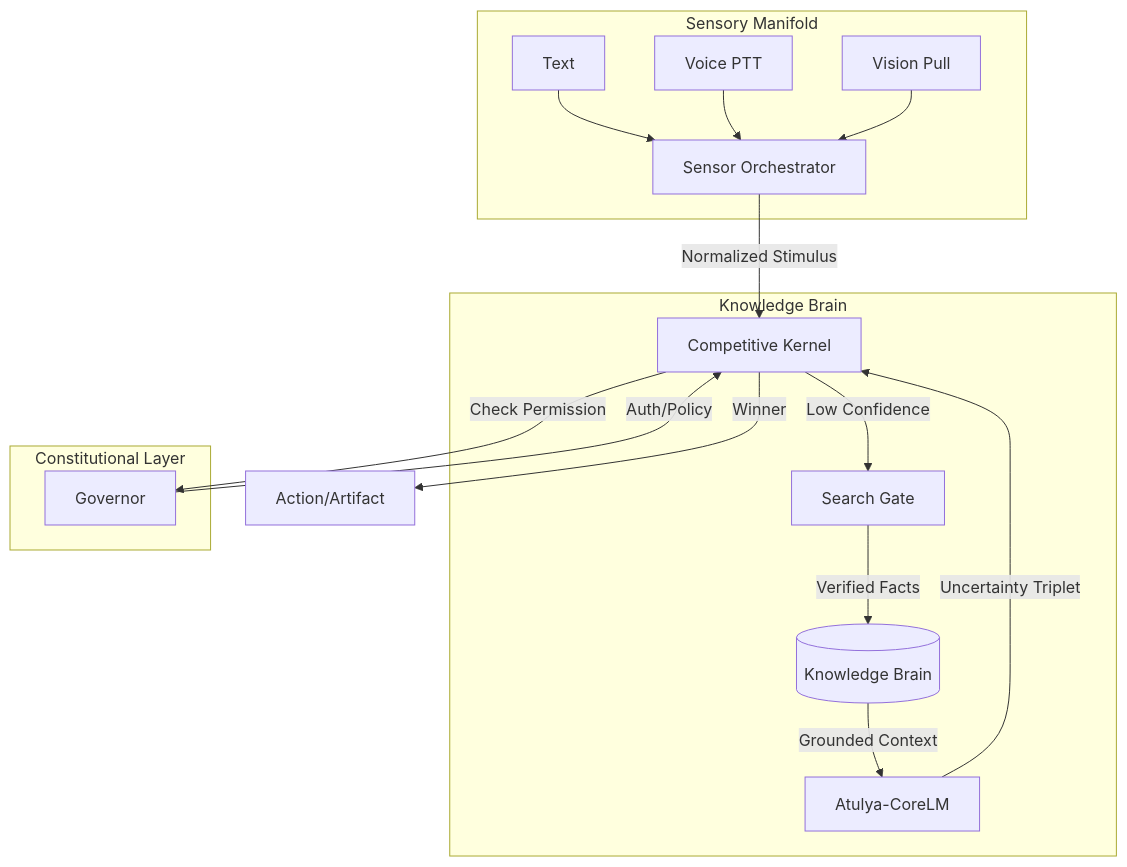
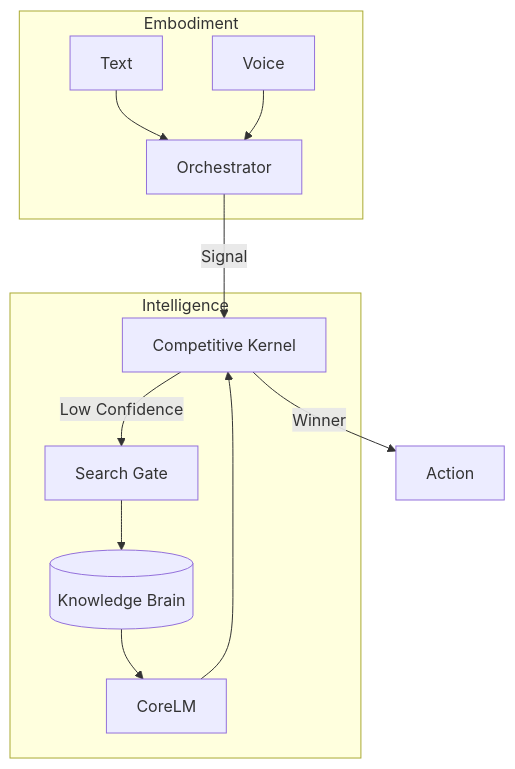
One commit to atulyaai/Atulya-Tantra changed the diagram in README.md. Above: the diagram before and after it, drawn with Mermaid. The commit also changed other lines of this file and 64 other files, not shown here.

````diff
--- a/README.md
+++ b/README.md
@@ -57,31 +62,24 @@
 ```mermaid
 graph TD
     classDef embodied fill:#e1f5fe,stroke:#01579b,stroke-width:2px;
     classDef brain fill:#fff3e0,stroke:#e65100,stroke-width:2px;
     classDef law fill:#fce4ec,stroke:#880e4f,stroke-width:2px;
 
-    subgraph Embodiment [Sensory Manifold]
+    subgraph Embodiment
         class Embodiment embodied
-        S1[Text] --> ORCH[Sensor Orchestrator]
-        S2[Voice PTT] --> ORCH
-        S3[Vision Pull] --> ORCH
+        S1[Text] --> ORCH
+        S2[Voice] --> ORCH
     end
     
-    ORCH -- Normalized Stimulus --> Engine[Competitive Kernel]
+    ORCH[Orchestrator] -- Signal --> Engine[Competitive Kernel]
     
-    subgraph Intelligence [Knowledge Brain]
+    subgraph Intelligence
         class Intelligence brain
         Engine -- Low Confidence --> SG[Search Gate]
-        SG -- Verified Facts --> KB[(Knowledge Brain)]
-        KB -- Grounded Context --> CLM[Atulya-CoreLM]
-        CLM -- Uncertainty Triplet --> Engine
+        SG --> KB[(Knowledge Brain)]
+        KB --> CLM[CoreLM]
+        CLM --> Engine
     end
     
-    subgraph Governance [Constitutional Layer]
-        class Governance law
-        Engine -- Check Permission --> GOV[Governor]
-        GOV -- Auth/Policy --> Engine
-    end
-    
-    Engine -- Winner --> Outcome[Action/Artifact]
+    Engine -- Winner --> Outcome[Action]
 ```
````
